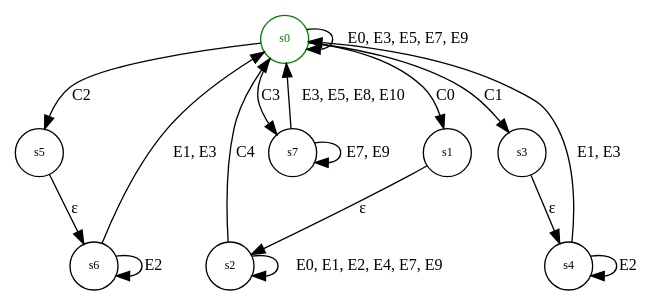
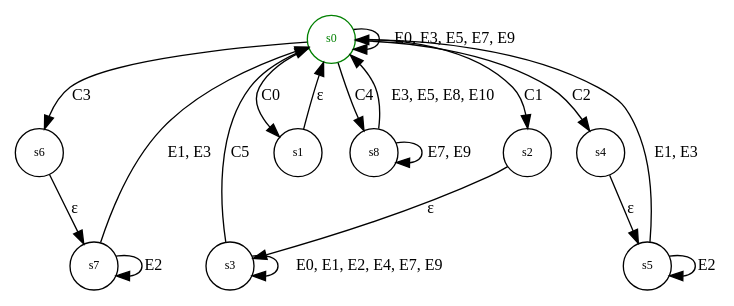
One commit to eidolonsystems/clipped_table changed the diagram in source/state_machine_row_selection.gv. Above: the diagram before and after it, drawn with Graphviz.

Commit message:
Added a needed state to the machine.

```diff
--- a/source/state_machine_row_selection.gv
+++ b/source/state_machine_row_selection.gv
@@ -1,163 +1,169 @@
 
 digraph ColumnResizing{
   node [shape = circle, fontsize = 9];
   edge [ fontsize = 12];
 
   s0 [label="s0" color = green, fontcolor = green,];
-  s5 [label="s5"];
   s6 [label="s6"];
-  s1 [label="s1"];
+  s7 [label="s7"];
   s2 [label="s2"];
   s3 [label="s3"];
   s4 [label="s4"];
+  s5 [label="s5"];
 
   s0 -> s0 [label = "E0, E3, E5, E7, E9"];
-  s0 -> s5 [label = "C2"];
   s0 -> s1 [label = "C0"];
-  s0 -> s3 [label = "C1"];
-  s5 -> s6 [label = "&#949;"];
-  s6 -> s6 [label = "E2"];
-  s6 -> s0 [label = "E1, E3" ];
-  s1 -> s2 [label = "&#949;"];
-  s2 -> s2 [label = "E0, E1, E2, E4, E7, E9"];
-  s2 -> s0 [label = "C4"];
-  s3 -> s4 [label = "&#949;"];
-  s4 -> s0 [label = "E1, E3"];
-  s4 -> s4 [label = "E2"];
-  s0 -> s7 [label = "C3"];
-  s7 -> s7 [label = "E7, E9"];
-  s7 -> s0 [label = "E3, E5, E8, E10"];
+  s1 -> s0 [label = "&#949;"];
+  s0 -> s6 [label = "C3"];
+  s0 -> s2 [label = "C1"];
+  s0 -> s4 [label = "C2"];
+  s6 -> s7 [label = "&#949;"];
+  s7 -> s7 [label = "E2"];
+  s7 -> s0 [label = "E1, E3" ];
+  s2 -> s3 [label = "&#949;"];
+  s3 -> s3 [label = "E0, E1, E2, E4, E7, E9"];
+  s3 -> s0 [label = "C5"];
+  s4 -> s5 [label = "&#949;"];
+  s5 -> s0 [label = "E1, E3"];
+  s5 -> s5 [label = "E2"];
+  s0 -> s8 [label = "C4"];
+  s8 -> s8 [label = "E7, E9"];
+  s8 -> s0 [label = "E3, E5, E8, E10"];
 }
 
 /**
 Parameters:
 originalTable (TableModel) - The model which is having its rows selected.
 
 Fields:
 selectedRows (ArrayTableModel) 
   - The model that keeps track of which rows are selected
 highlightedRow (number) - The row currently highlighted
 previousRow (number) - The last row that was current
 currentRow (number) - The row the mouse is currently inside or 
   that the keyboard is focued on
 isShiftDown (boolean) - Keeps trackXX of if SHIFT is down
 isCtrlDown (boolean) - Keeps track of if CTRL is down
 isMouseDown (boolean) - Keeps track of the left mouse button
 isUpDown (boolean) - Keeps track of if the up key is down
 isDownDown (boolean) - Keeps track of if the down key is down
 isAdding (boolean) - Keeps track of if rows should be added
 
 Initialization:
 selectedRows = new ArrayTableModel()
 for(row in OriginalTable) {
   selectedRows.add([false]);
 }
 if(originalTable.rowCount > 0) {
   add row 0 to selectedRows
 }
 hilightedRow = 0
 previousRow = 0
 currentRow = 0
 isShiftDown = false
 isCtrlDown = false
 isMouseDown = false
 isUpDown = false
 isDownDown = false
 isAdding = true
 
 States:
 s0: Starting state.
   if(!isMouseDown && !this.isDownDown && !this.isUpDown) {
     this.currentRow = this.hilightedRow;
   }
 s1:
+  this.hilightedRow = 0;
+  selectedRows = clear all true values
+s2:
   selectedRows = clear all true values
   previousRow = highlightedRow
   isAdding = true;
-s2: 
+s3: 
   if(currentRow >= previousRow && currentRow >= highlightedRow
       || currentRow <= previousRow && currentRow <= highlightedRow) {
     add rows from previousRow to currentRow
   } else {
     remove rows from previousRow to currentRow
   }
-s3:
+s4:
   highlightedRow = currentRow
   previousRow = highlightedRow
   if(current in selected[]) {
     isAdding = false;
   } else {
     isAdding = true;
   }
-s4:
+s5:
   if(isAdding) {
     if(currentRow >= previousRow && currentRow >= highlightedRow
         || currentRow <= previousRow && currentRow <= highlightedRow) {
       add rows from previousRow to currentRow
     } else {
       remove rows from previousRow to currentRow
     }
   } else {
     if(currentRow >= previousRow && currentRow >= highlightedRow
         || currentRow <= previousRow && currentRow <= highlightedRow) {
       add rows from previousRow to currentRow
     } else {
       remove rows from previousRow to currentRow
     }
   }
-s5:
+s6:
   selectedRows = clear all true values
   isAdding = true
   highlightedRow = currentRow
   previousRow = highlightedRow
   
-s6:
+s7:
   if(currentRow >= previousRow && currentRow >= highlightedRow
       || currentRow <= previousRow && currentRow <= highlightedRow) {
     add rows from previousRow to currentRow
   } else {
     remove rows from previousRow to currentRow
   }
-s7:
+s8:
   selectedRows = clear all true values
   highlightedRow = currentRow
   add hilightedRow to selectedRows
 
 Conditions:
-C0: isShiftDown && (isMouseDown || isUpDown || isDownDown)
-C1: isCtrlDown && isMouseDown
-C2: !isShiftDown && !isCtrlDown && isMouseDown
-C3: !isShiftDown && !isCtrlDown && (isUpDown || isDownDown)
-C4: !isMouseDown && !isShiftDown
+C0: hilightedRow === -1 && (isUpDown || isDownDown)
+C1: isShiftDown && (isMouseDown || isUpDown || isDownDown)
+C2: isCtrlDown && isMouseDown
+C3: !isShiftDown && !isCtrlDown && isMouseDown
+C4: !isShiftDown && !isCtrlDown && (isUpDown || isDownDown)
+C5: !isMouseDown && !isShiftDown
 
 Events:
 E0: Mouse Down
   isMouseDown = true
   currentRow = row
 E1: Mouse Up
   isMouseDown = false
 E2: Mouse Enters a row ()
   if(isMouseDown): 
     currentRow = row
 E3: Shift Down
   isShiftDown = true
 E4: Shift Up
   isShiftDown = false
 E5: Ctrl Down
   isCtrlDown = true
 E6: Ctrl Up
   isCtrlDown = false
 E7: Up Button Down
   isUpDown = true
   if (currentRow != 0 && !isMouseDown):
     currentRow = currentRow - 1
 E8: Up Button Up
   isUpDown = false
 E9: Down Button Down
   isDownDown = true
   if(currentRow < selectedtable && !isMouseDown) {
     currentRow = currentRow + 1
   }
 E10: Down Button Up
    isDownDown = false
 */
```
